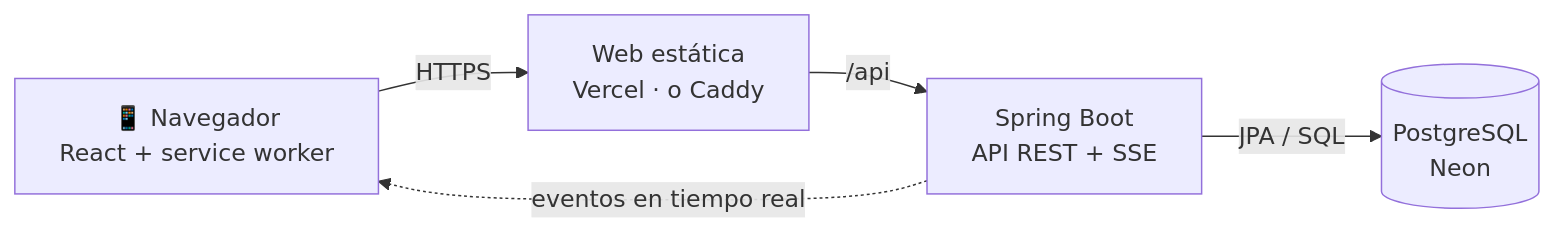
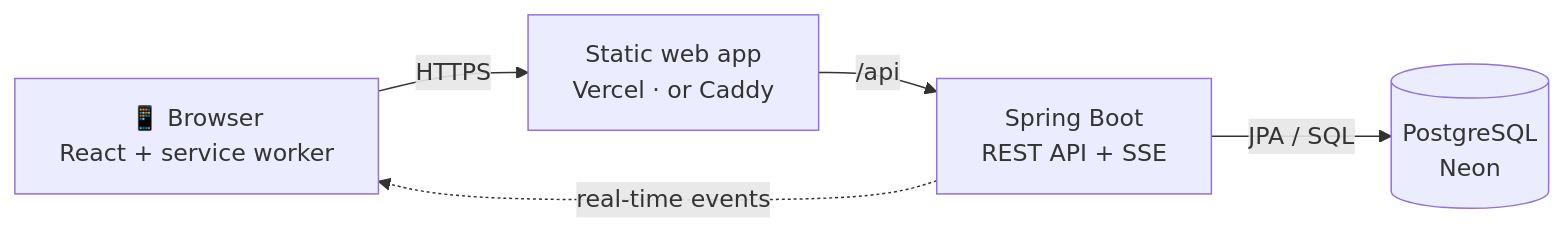
One commit to EloyRomero19/supermercado-app changed the diagram in README.md. Above: the diagram before and after it, drawn with Mermaid. The commit also changed other lines of this file, not shown here.

First line of the commit message:
README en inglés (los textos de la app, en español)

````diff
--- a/README.md
+++ b/README.md
@@ -84,7 +85,7 @@
 ```mermaid
 flowchart LR
-  U["📱 Navegador<br/>React + service worker"] -- "HTTPS" --> W["Web estática<br/>Vercel · o Caddy"]
-  W -- "/api" --> B["Spring Boot<br/>API REST + SSE"]
+  U["📱 Browser<br/>React + service worker"] -- "HTTPS" --> W["Static web app<br/>Vercel · or Caddy"]
+  W -- "/api" --> B["Spring Boot<br/>REST API + SSE"]
   B -- "JPA / SQL" --> D[("PostgreSQL<br/>Neon")]
-  B -.->|"eventos en tiempo real"| U
+  B -.->|"real-time events"| U
 ```
````
